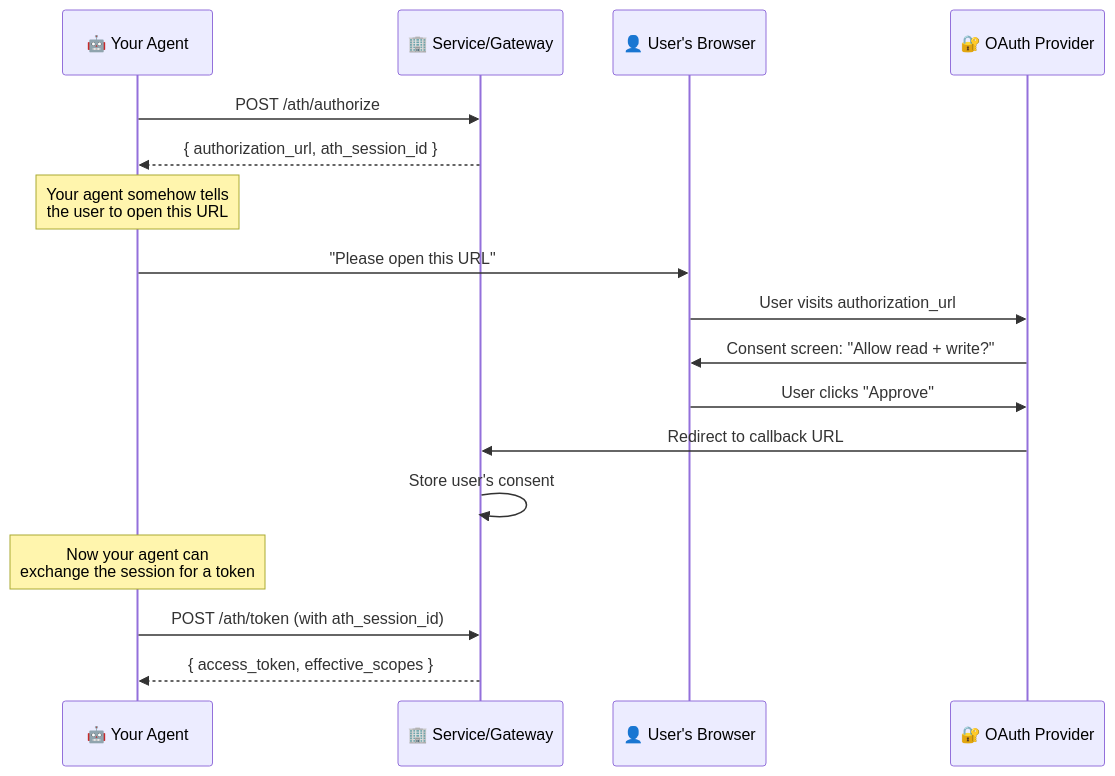
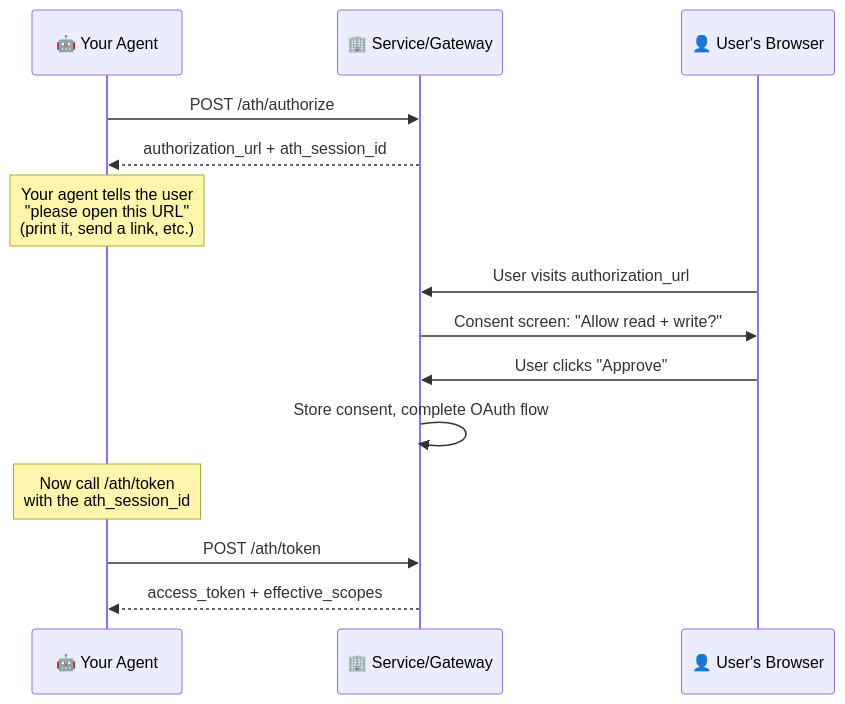
The second of 2 diagrams in build-an-agent/tutorial.mdx (ath-protocol/docs), drawn with Mermaid before and after one commit. The commit also changed other lines of this file and 6 other files, not shown here.

````diff
--- a/build-an-agent/tutorial.mdx
+++ b/build-an-agent/tutorial.mdx
@@ -240,24 +392,21 @@
 ```mermaid
 sequenceDiagram
     participant Agent as 🤖 Your Agent
     participant Service as 🏢 Service/Gateway
     participant Browser as 👤 User's Browser
-    participant OAuth as 🔐 OAuth Provider
 
     Agent->>Service: POST /ath/authorize
-    Service-->>Agent: { authorization_url, ath_session_id }
-    
-    Note over Agent: Your agent somehow tells<br/>the user to open this URL
-    
-    Agent->>Browser: "Please open this URL"
-    Browser->>OAuth: User visits authorization_url
-    OAuth->>Browser: Consent screen: "Allow read + write?"
-    Browser->>OAuth: User clicks "Approve"
-    OAuth->>Service: Redirect to callback URL
-    Service->>Service: Store user's consent
-    
-    Note over Agent: Now your agent can<br/>exchange the session for a token
-    
-    Agent->>Service: POST /ath/token (with ath_session_id)
-    Service-->>Agent: { access_token, effective_scopes }
+    Service-->>Agent: authorization_url + ath_session_id
+
+    Note over Agent: Your agent tells the user<br/>"please open this URL"<br/>(print it, send a link, etc.)
+
+    Browser->>Service: User visits authorization_url
+    Service->>Browser: Consent screen: "Allow read + write?"
+    Browser->>Service: User clicks "Approve"
+    Service->>Service: Store consent, complete OAuth flow
+
+    Note over Agent: Now call /ath/token<br/>with the ath_session_id
+
+    Agent->>Service: POST /ath/token
+    Service-->>Agent: access_token + effective_scopes
 ```
````
